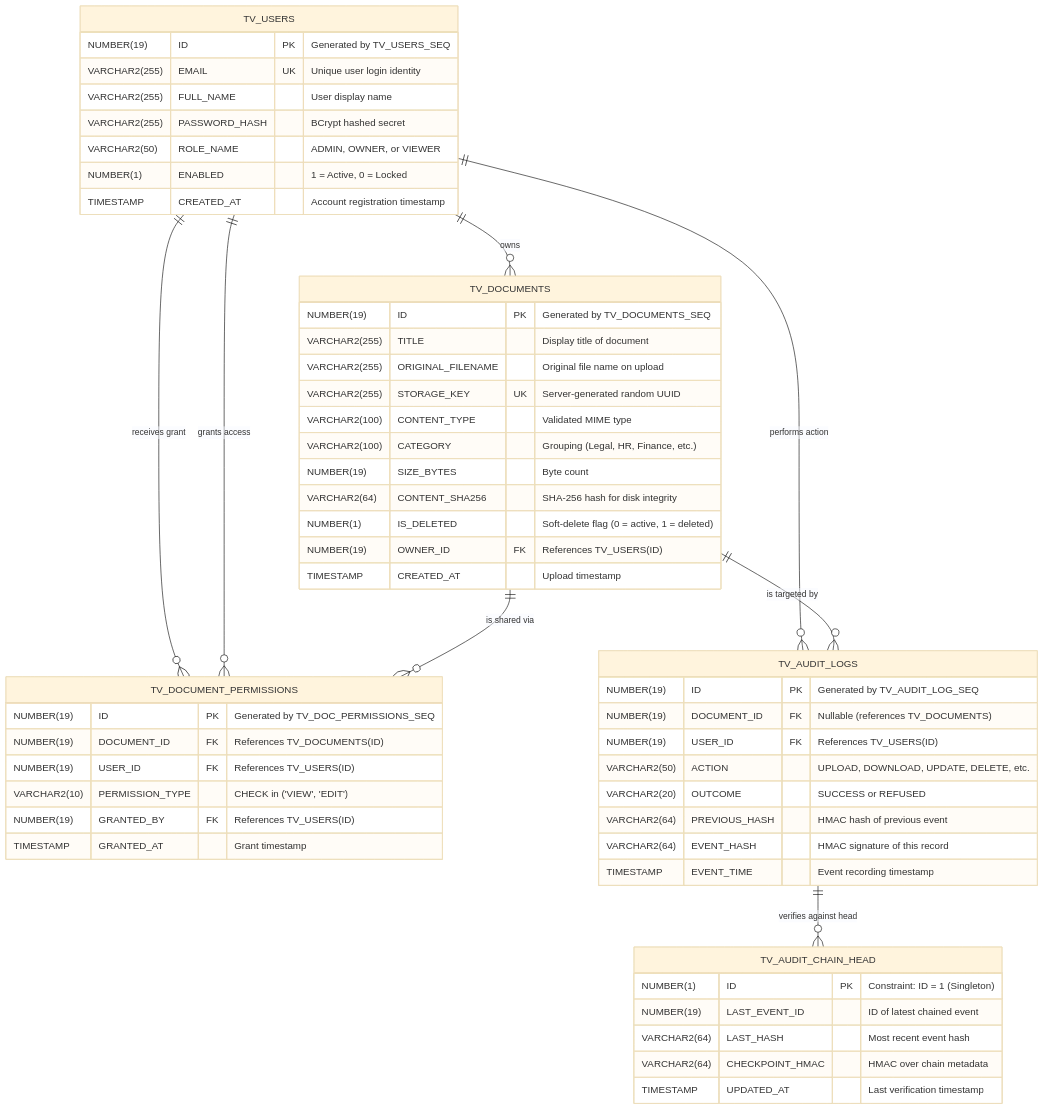
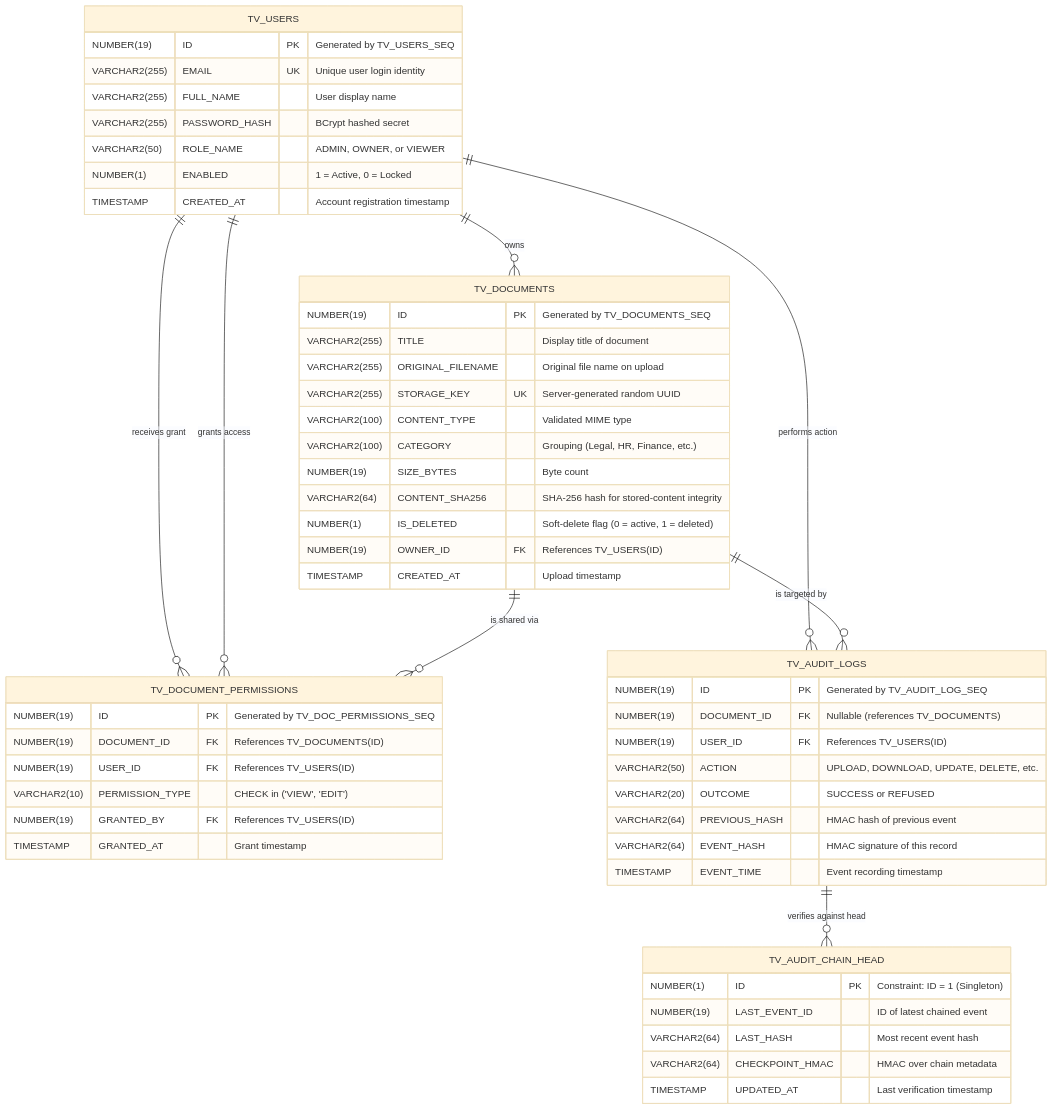
One commit to KPAVANTEJA/trustvault-java-springboot changed the sixth of 6 diagrams in README.md. Above: the diagram before and after it, drawn with Mermaid (base theme). The commit also changed other lines of this file and 22 other files, not shown here.

````diff
--- a/README.md
+++ b/README.md
@@ -281,62 +282,62 @@
 ```mermaid
 erDiagram
     TV_USERS ||--o{ TV_DOCUMENTS : "owns"
     TV_USERS ||--o{ TV_DOCUMENT_PERMISSIONS : "receives grant"
     TV_USERS ||--o{ TV_DOCUMENT_PERMISSIONS : "grants access"
     TV_USERS ||--o{ TV_AUDIT_LOGS : "performs action"
     TV_DOCUMENTS ||--o{ TV_DOCUMENT_PERMISSIONS : "is shared via"
     TV_DOCUMENTS ||--o{ TV_AUDIT_LOGS : "is targeted by"
     TV_AUDIT_LOGS ||--o{ TV_AUDIT_CHAIN_HEAD : "verifies against head"
 
     TV_USERS {
         NUMBER(19) ID PK "Generated by TV_USERS_SEQ"
         VARCHAR2(255) EMAIL UK "Unique user login identity"
         VARCHAR2(255) FULL_NAME "User display name"
         VARCHAR2(255) PASSWORD_HASH "BCrypt hashed secret"
         VARCHAR2(50) ROLE_NAME "ADMIN, OWNER, or VIEWER"
         NUMBER(1) ENABLED "1 = Active, 0 = Locked"
         TIMESTAMP CREATED_AT "Account registration timestamp"
     }
 
     TV_DOCUMENTS {
         NUMBER(19) ID PK "Generated by TV_DOCUMENTS_SEQ"
         VARCHAR2(255) TITLE "Display title of document"
         VARCHAR2(255) ORIGINAL_FILENAME "Original file name on upload"
         VARCHAR2(255) STORAGE_KEY UK "Server-generated random UUID"
         VARCHAR2(100) CONTENT_TYPE "Validated MIME type"
         VARCHAR2(100) CATEGORY "Grouping (Legal, HR, Finance, etc.)"
         NUMBER(19) SIZE_BYTES "Byte count"
-        VARCHAR2(64) CONTENT_SHA256 "SHA-256 hash for disk integrity"
+        VARCHAR2(64) CONTENT_SHA256 "SHA-256 hash for stored-content integrity"
         NUMBER(1) IS_DELETED "Soft-delete flag (0 = active, 1 = deleted)"
         NUMBER(19) OWNER_ID FK "References TV_USERS(ID)"
         TIMESTAMP CREATED_AT "Upload timestamp"
     }
 
     TV_DOCUMENT_PERMISSIONS {
         NUMBER(19) ID PK "Generated by TV_DOC_PERMISSIONS_SEQ"
         NUMBER(19) DOCUMENT_ID FK "References TV_DOCUMENTS(ID)"
         NUMBER(19) USER_ID FK "References TV_USERS(ID)"
         VARCHAR2(10) PERMISSION_TYPE "CHECK in ('VIEW', 'EDIT')"
         NUMBER(19) GRANTED_BY FK "References TV_USERS(ID)"
         TIMESTAMP GRANTED_AT "Grant timestamp"
     }
 
     TV_AUDIT_LOGS {
         NUMBER(19) ID PK "Generated by TV_AUDIT_LOG_SEQ"
         NUMBER(19) DOCUMENT_ID FK "Nullable (references TV_DOCUMENTS)"
         NUMBER(19) USER_ID FK "References TV_USERS(ID)"
         VARCHAR2(50) ACTION "UPLOAD, DOWNLOAD, UPDATE, DELETE, etc."
         VARCHAR2(20) OUTCOME "SUCCESS or REFUSED"
         VARCHAR2(64) PREVIOUS_HASH "HMAC hash of previous event"
         VARCHAR2(64) EVENT_HASH "HMAC signature of this record"
         TIMESTAMP EVENT_TIME "Event recording timestamp"
     }
 
     TV_AUDIT_CHAIN_HEAD {
         NUMBER(1) ID PK "Constraint: ID = 1 (Singleton)"
         NUMBER(19) LAST_EVENT_ID "ID of latest chained event"
         VARCHAR2(64) LAST_HASH "Most recent event hash"
         VARCHAR2(64) CHECKPOINT_HMAC "HMAC over chain metadata"
         TIMESTAMP UPDATED_AT "Last verification timestamp"
     }
 ```
````
